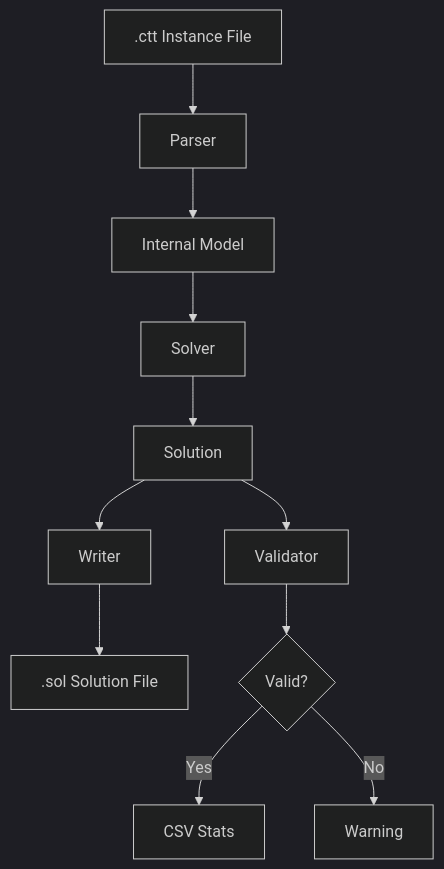
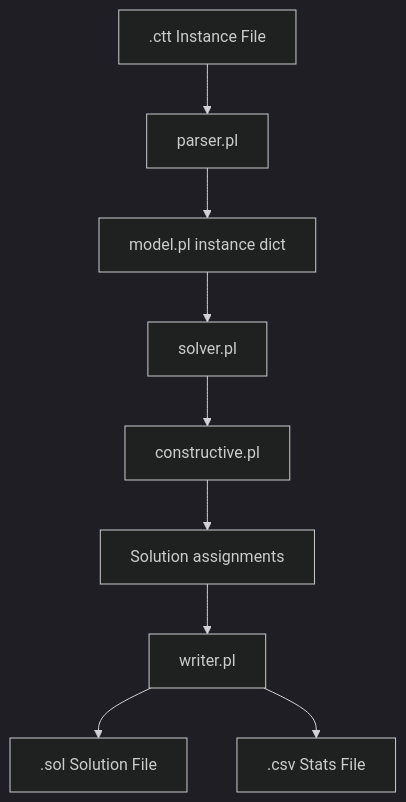
Before and after one commit to xenobinary/itc2007-timetabling: the first of 2 diagrams in docs/PROJECT_DOCUMENTATION.md, drawn with Mermaid (dark theme). The commit also changed other lines of this file and 18 other files, not shown here.

````diff
--- a/docs/PROJECT_DOCUMENTATION.md
+++ b/docs/PROJECT_DOCUMENTATION.md
@@ -19,13 +11,11 @@
 ```mermaid
 flowchart TD
-    A[".ctt Instance File"] --> B[Parser]
-    B --> C[Internal Model]
-    C --> D[Solver]
-    D --> E[Solution]
-    E --> F[Validator]
-    E --> G[Writer]
-    G --> H[".sol Solution File"]
-    F --> I{Valid?}
-    I -->|Yes| J[CSV Stats]
-    I -->|No| K[Warning]
+    A[.ctt Instance File] --> B[parser.pl]
+    B --> C[model.pl instance dict]
+    C --> D[solver.pl]
+    D --> E[constructive.pl]
+    E --> F[Solution assignments]
+    F --> G[writer.pl]
+    G --> H[.sol Solution File]
+    G --> I[.csv Stats File]
 ```
````
